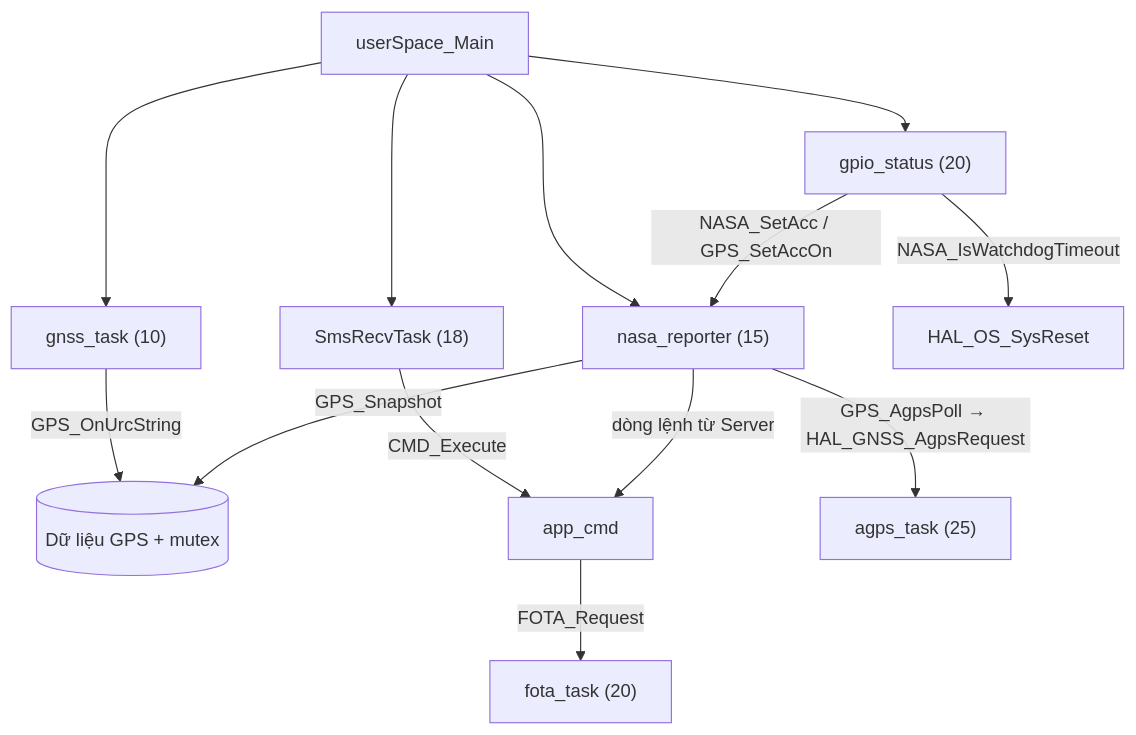
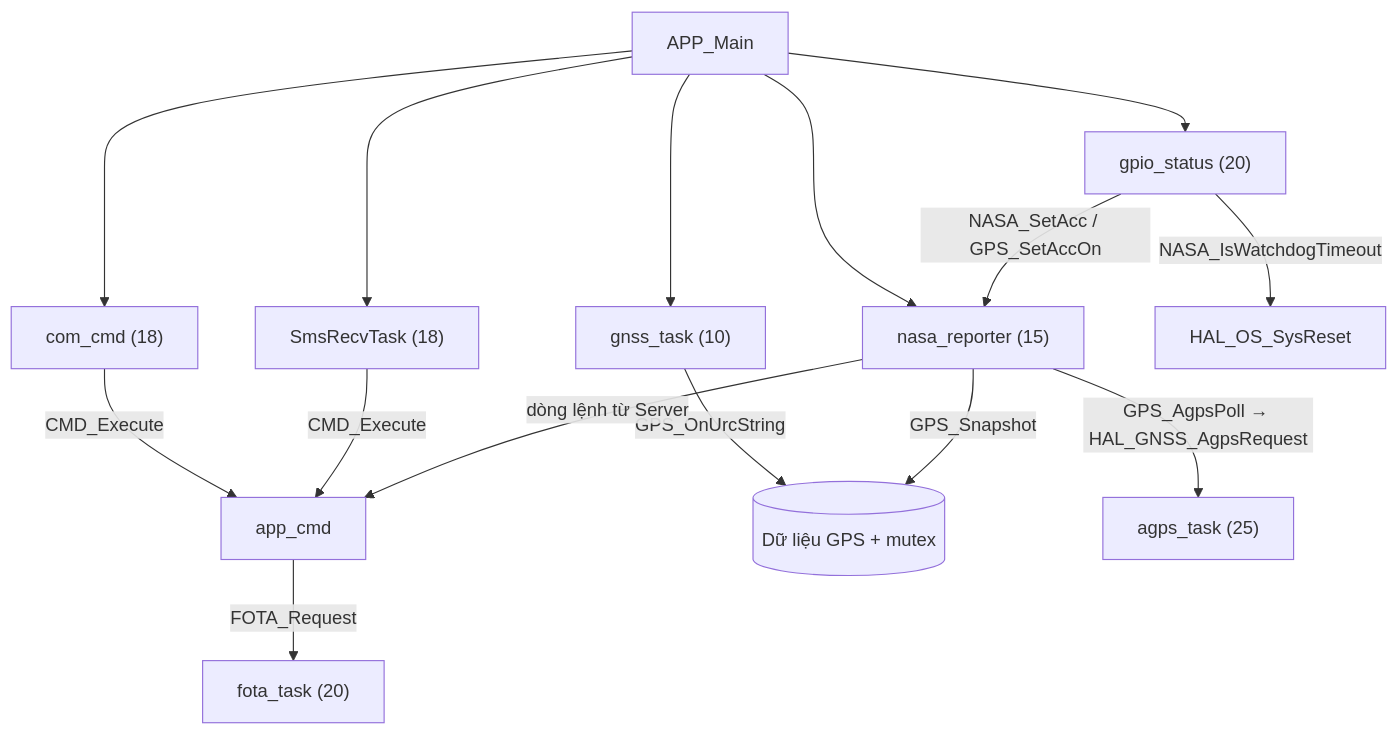
One commit to thanhsmail/NASA-TRACKING-A7677S changed the first of 4 diagrams in NASA_Tracking_Analysis.md. Above: the diagram before and after it, drawn with Mermaid. The commit also changed other lines of this file, not shown here.

First line of the commit message:
Cập nhật NASA_Tracking_Analysis.md theo cấu trúc app/port và SDK 11/2024

````diff
--- a/NASA_Tracking_Analysis.md
+++ b/NASA_Tracking_Analysis.md
@@ -123,15 +134,17 @@
 ```mermaid
 graph TD
-    Main["userSpace_Main"] --> GNSS["gnss_task (10)"]
+    Main["APP_Main"] --> GNSS["gnss_task (10)"]
     Main --> NASA["nasa_reporter (15)"]
     Main --> SMS["SmsRecvTask (18)"]
     Main --> GPIO["gpio_status (20)"]
+    Main --> COM["com_cmd (18)"]
+    COM -->|CMD_Execute| CMD
     GNSS -->|GPS_OnUrcString| GPSDATA[("Dữ liệu GPS + mutex")]
     NASA -->|GPS_Snapshot| GPSDATA
     GPIO -->|NASA_SetAcc / GPS_SetAccOn| NASA
     GPIO -->|NASA_IsWatchdogTimeout| RESET["HAL_OS_SysReset"]
     SMS -->|CMD_Execute| CMD["app_cmd"]
     NASA -->|dòng lệnh từ Server| CMD
     CMD -->|FOTA_Request| FOTA["fota_task (20)"]
     NASA -->|GPS_AgpsPoll → HAL_GNSS_AgpsRequest| AGPS["agps_task (25)"]
 ```
````
